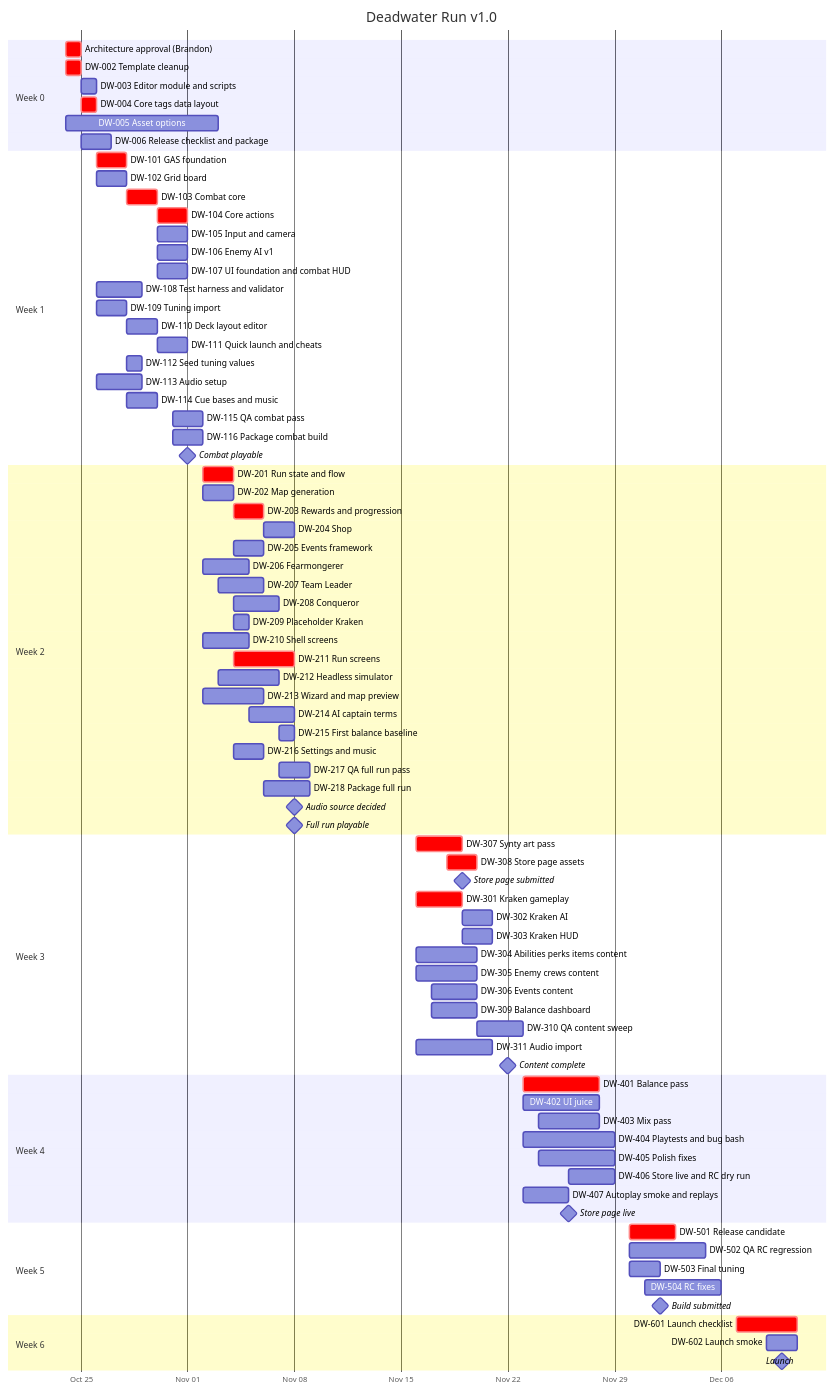
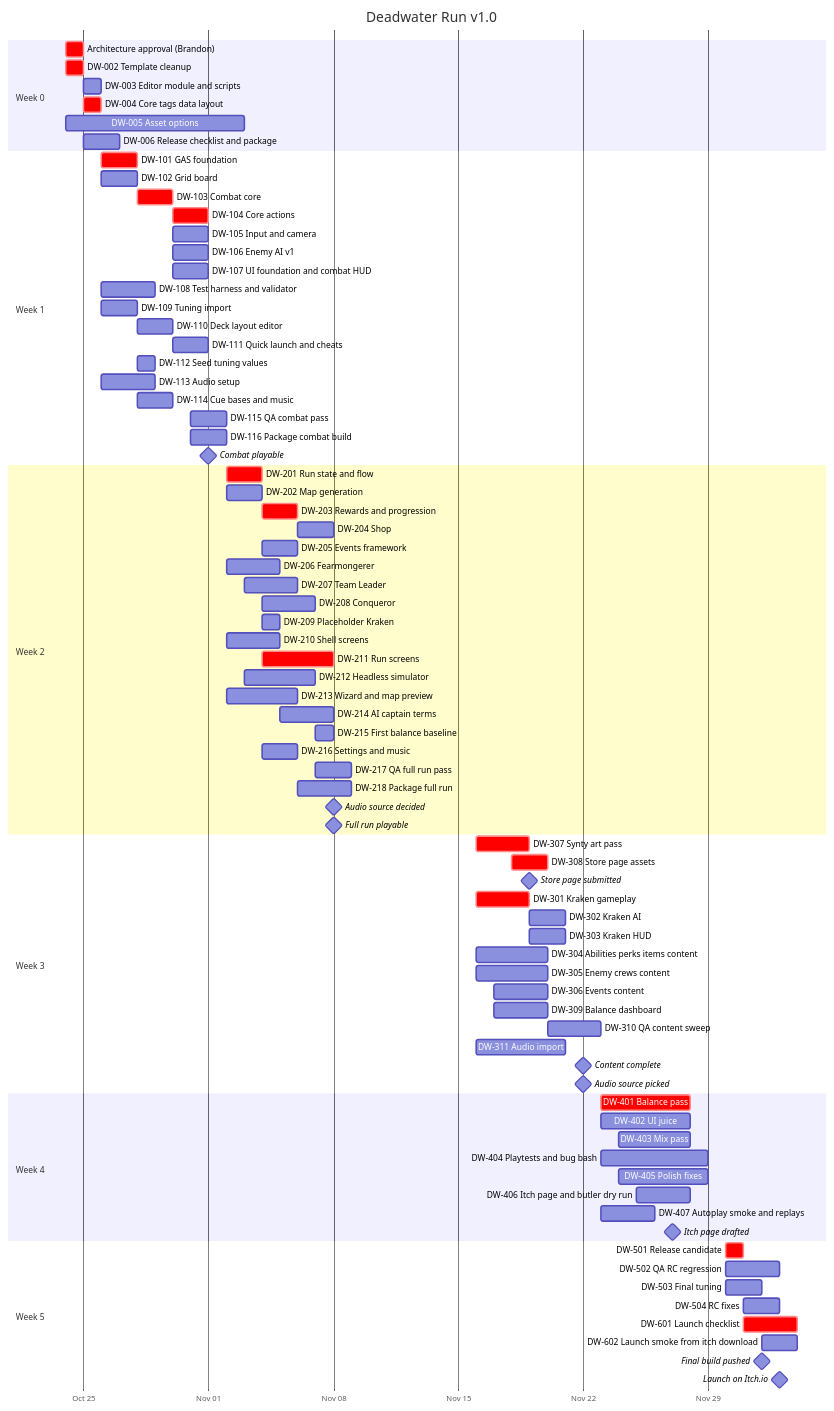
The first of 2 diagrams in Docs/Architecture/Roadmap.md (bhillig/deadwater-run), drawn with Mermaid before and after one commit. The commit also changed other lines of this file and 14 other files, not shown here.

First line of the commit message:
Release moves to Itch.io, launch Thu Dec 3 (Brandon, 2026-11-20)

````diff
--- a/Docs/Architecture/Roadmap.md
+++ b/Docs/Architecture/Roadmap.md
@@ -75,6 +75,7 @@
     DW-310 QA content sweep                :w310, 2026-11-20, 3d
     DW-311 Audio import                    :w311, 2026-11-16, 5d
     Content complete                       :milestone, m3, 2026-11-22, 0d
+    Audio source picked                    :milestone, m3a, 2026-11-22, 0d
 
     section Week 4
     DW-401 Balance pass                    :crit, w401, 2026-11-23, 5d
@@ -82,19 +83,18 @@
     DW-403 Mix pass                        :w403, 2026-11-24, 4d
     DW-404 Playtests and bug bash          :w404, 2026-11-23, 6d
     DW-405 Polish fixes                    :w405, 2026-11-24, 5d
-    DW-406 Store live and RC dry run       :w406, 2026-11-26, 3d
+    DW-406 Itch page and butler dry run    :w406, 2026-11-25, 3d
     DW-407 Autoplay smoke and replays      :w407, 2026-11-23, 3d
-    Store page live                        :milestone, m4, 2026-11-26, 0d
+    Itch page drafted                      :milestone, m4, 2026-11-27, 0d
 
     section Week 5
-    DW-501 Release candidate               :crit, w501, 2026-11-30, 3d
-    DW-502 QA RC regression                :w502, 2026-11-30, 5d
+    DW-501 Release candidate               :crit, w501, 2026-11-30, 1d
+    DW-502 QA RC regression                :w502, 2026-11-30, 3d
     DW-503 Final tuning                    :w503, 2026-11-30, 2d
-    DW-504 RC fixes                        :w504, 2026-12-01, 5d
-    Build submitted                        :milestone, m5, 2026-12-02, 0d
+    DW-504 RC fixes                        :w504, 2026-12-01, 2d
+    DW-601 Launch checklist                :crit, w601, 2026-12-01, 3d
+    DW-602 Launch smoke from itch download :w602, 2026-12-02, 2d
+    Final build pushed                     :milestone, m5, 2026-12-02, 0d
+    Launch on Itch.io                      :milestone, m6, 2026-12-03, 0d
 
-    section Week 6
-    DW-601 Launch checklist                :crit, w601, 2026-12-07, 4d
-    DW-602 Launch smoke                    :w602, 2026-12-09, 2d
-    Launch                                 :milestone, m6, 2026-12-10, 0d
 ```
````
